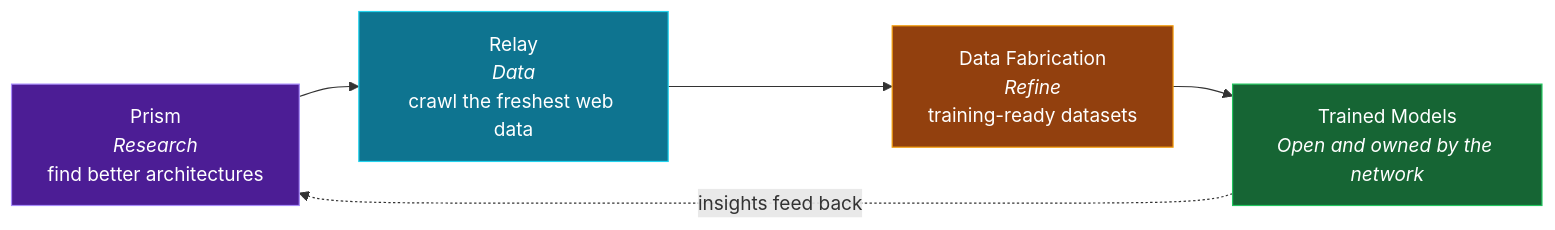
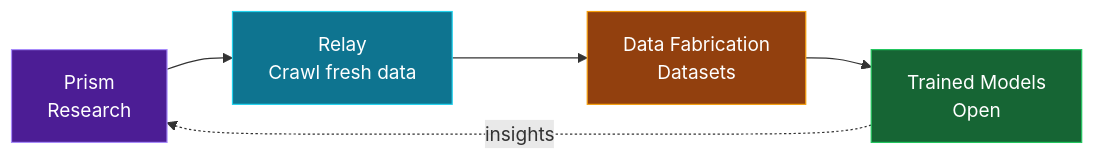
The third of 3 diagrams in profile/README.md (BaseIntelligence/.github), drawn with Mermaid before and after one commit. The commit also changed other lines of this file, not shown here.

Commit message:
Optimize mermaid diagrams for width over height

````diff
--- a/profile/README.md
+++ b/profile/README.md
@@ -123,15 +121,16 @@
 ```mermaid
+%%{init: {'flowchart': {'nodeSpacing': 30, 'rankSpacing': 55}}}%%
 flowchart LR
-    P["Prism<br/><i>Research</i><br/>find better architectures"]
-    R["Relay<br/><i>Data</i><br/>crawl the freshest web data"]
-    D["Data Fabrication<br/><i>Refine</i><br/>training-ready datasets"]
-    T["Trained Models<br/><i>Open and owned by the network</i>"]
+    P["Prism<br/>Research"]
+    R["Relay<br/>Crawl fresh data"]
+    D["Data Fabrication<br/>Datasets"]
+    T["Trained Models<br/>Open"]
 
     P --> R --> D --> T
-    T -. "insights feed back" .-> P
+    T -. insights .-> P
 
     style P fill:#4c1d95,stroke:#a78bfa,color:#fff
     style R fill:#0e7490,stroke:#22d3ee,color:#fff
     style D fill:#92400e,stroke:#f59e0b,color:#fff
     style T fill:#166534,stroke:#22c55e,color:#fff
 ```
````
